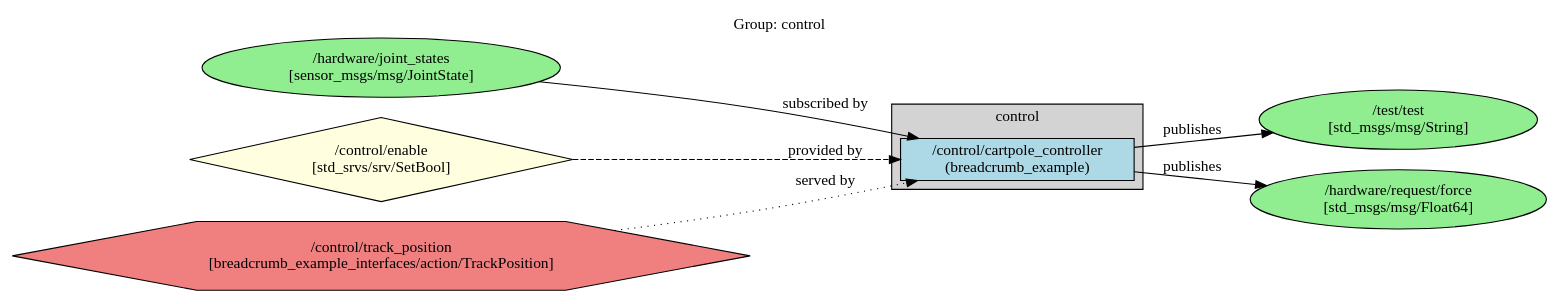
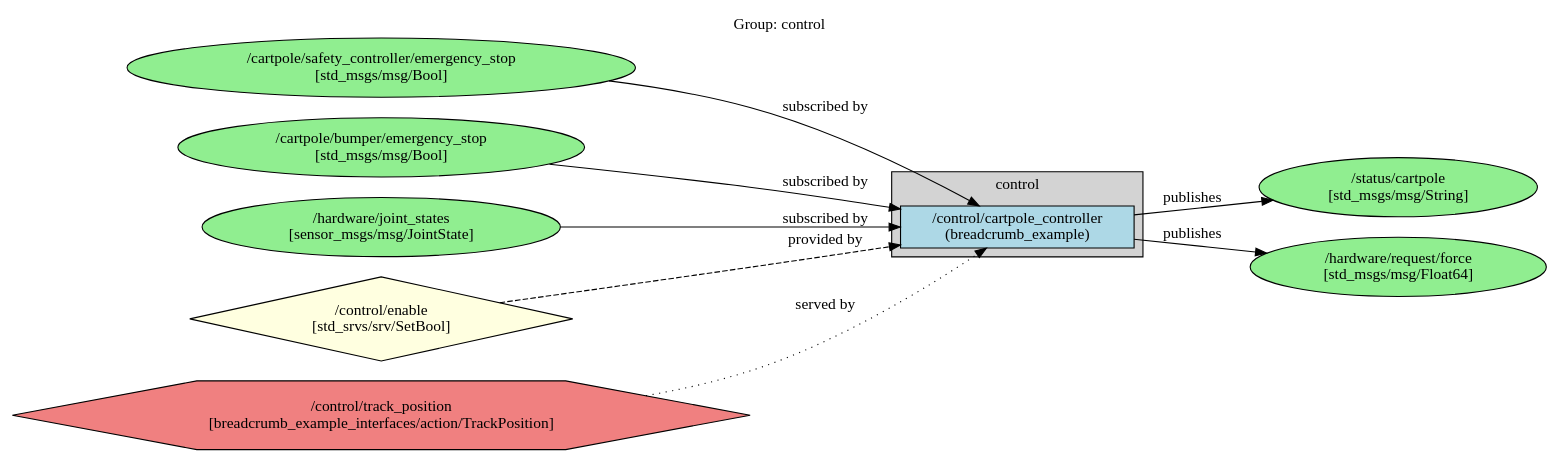
One commit to greenforge-labs/breadcrumb changed the diagram in breadcrumb_example/ros_graphs/graph_group_control.dot. Above: the diagram before and after it, drawn with Graphviz. The commit also changed 18 other files, not shown here.

```diff
--- a/breadcrumb_example/ros_graphs/graph_group_control.dot
+++ b/breadcrumb_example/ros_graphs/graph_group_control.dot
@@ -1,38 +1,42 @@
 digraph ROS2Group_control {
   rankdir=LR;
   node [shape=box];
   label="Group: control";
   labelloc=t;
 
   subgraph cluster_control {
     label="control";
     style=filled;
     fillcolor=lightgrey;
 
     // Group Nodes
     "/control/cartpole_controller" [label="/control/cartpole_controller\n(breadcrumb_example)", style=filled, fillcolor=lightblue];
   }
 
   // External Topics
+  "/cartpole/safety_controller/emergency_stop" [label="/cartpole/safety_controller/emergency_stop\n[std_msgs/msg/Bool]", shape=ellipse, style=filled, fillcolor=lightgreen];
+  "/cartpole/bumper/emergency_stop" [label="/cartpole/bumper/emergency_stop\n[std_msgs/msg/Bool]", shape=ellipse, style=filled, fillcolor=lightgreen];
   "/hardware/joint_states" [label="/hardware/joint_states\n[sensor_msgs/msg/JointState]", shape=ellipse, style=filled, fillcolor=lightgreen];
-  "/test/test" [label="/test/test\n[std_msgs/msg/String]", shape=ellipse, style=filled, fillcolor=lightgreen];
+  "/status/cartpole" [label="/status/cartpole\n[std_msgs/msg/String]", shape=ellipse, style=filled, fillcolor=lightgreen];
   "/hardware/request/force" [label="/hardware/request/force\n[std_msgs/msg/Float64]", shape=ellipse, style=filled, fillcolor=lightgreen];
 
   // External Services
   "/control/enable" [label="/control/enable\n[std_srvs/srv/SetBool]", shape=diamond, style=filled, fillcolor=lightyellow];
 
   // External Actions
   "/control/track_position" [label="/control/track_position\n[breadcrumb_example_interfaces/action/TrackPosition]", shape=hexagon, style=filled, fillcolor=lightcoral];
 
   // External Topic Edges
+  "/cartpole/safety_controller/emergency_stop" -> "/control/cartpole_controller" [label="subscribed by"];
+  "/cartpole/bumper/emergency_stop" -> "/control/cartpole_controller" [label="subscribed by"];
   "/hardware/joint_states" -> "/control/cartpole_controller" [label="subscribed by"];
-  "/control/cartpole_controller" -> "/test/test" [label="publishes"];
+  "/control/cartpole_controller" -> "/status/cartpole" [label="publishes"];
   "/control/cartpole_controller" -> "/hardware/request/force" [label="publishes"];
 
   // External Service Edges
   "/control/enable" -> "/control/cartpole_controller" [label="provided by", style=dashed];
 
   // External Action Edges
   "/control/track_position" -> "/control/cartpole_controller" [label="served by", style=dotted];
 
 }
```
